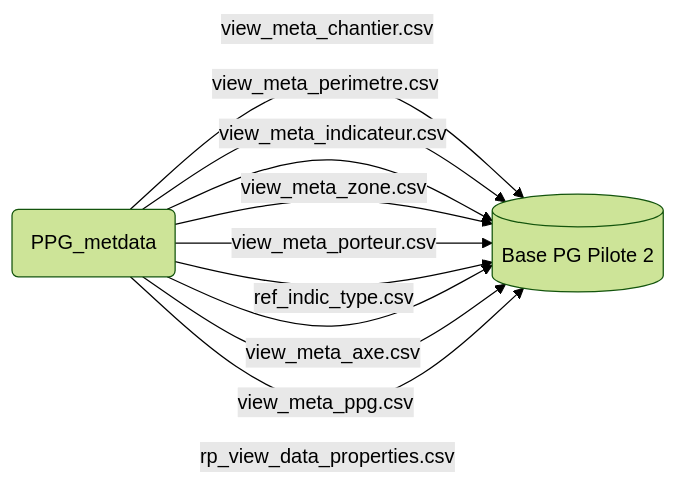
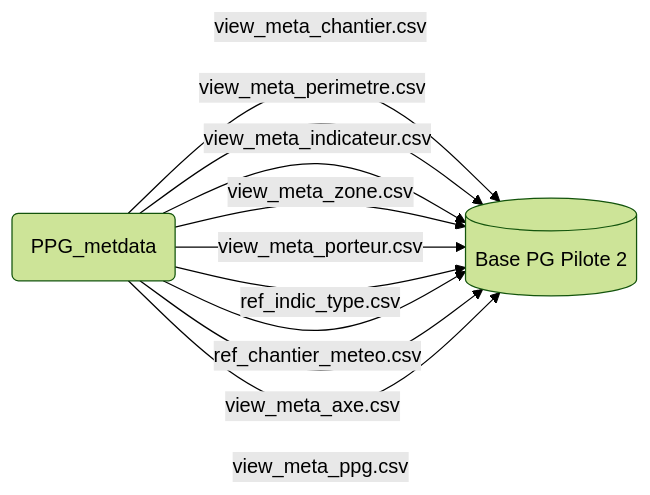
The second of 4 diagrams in data/README.md (DITP-pilotage/pilote-2), drawn with Mermaid (forest theme) before and after one commit. The commit also changed other lines of this file and 29 other files, not shown here.

````diff
--- a/data/README.md
+++ b/data/README.md
@@ -182,12 +153,12 @@
 ``` mermaid
 graph LR
 PPG(PPG_metdata) --> |view_meta_chantier.csv| PG[(Base PG Pilote 2)]
 PPG --> |view_meta_perimetre.csv| PG
 PPG --> |view_meta_indicateur.csv| PG
 PPG --> |view_meta_zone.csv| PG
 PPG --> |view_meta_porteur.csv| PG
 PPG --> |ref_indic_type.csv| PG
+PPG --> |ref_chantier_meteo.csv| PG
 PPG --> |view_meta_axe.csv| PG
 PPG --> |view_meta_ppg.csv| PG
-PPG --> |rp_view_data_properties.csv| PG
 ```
````
